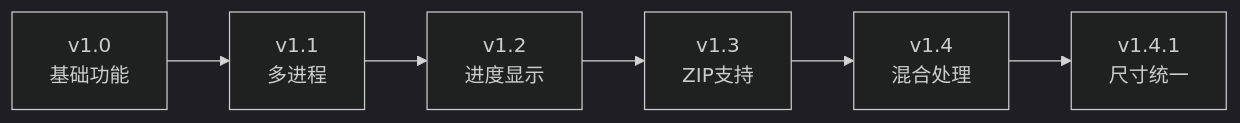
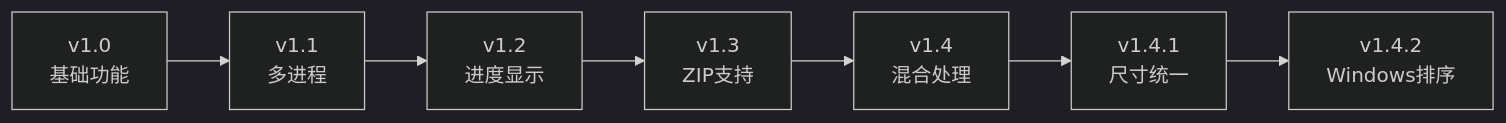
Before and after one commit to zi-ha/image_to_pdf: the diagram in README.md, drawn with Mermaid (dark theme). The commit also changed other lines of this file and 1 other file, not shown here.

````diff
--- a/README.md
+++ b/README.md
@@ -169,8 +198,9 @@
 ```mermaid
 graph LR
     A[v1.0<br/>基础功能] --> B[v1.1<br/>多进程]
     B --> C[v1.2<br/>进度显示]
     C --> D[v1.3<br/>ZIP支持]
     D --> E[v1.4<br/>混合处理]
     E --> F[v1.4.1<br/>尺寸统一]
+    F --> G[v1.4.2<br/>Windows排序]
 ```
````
